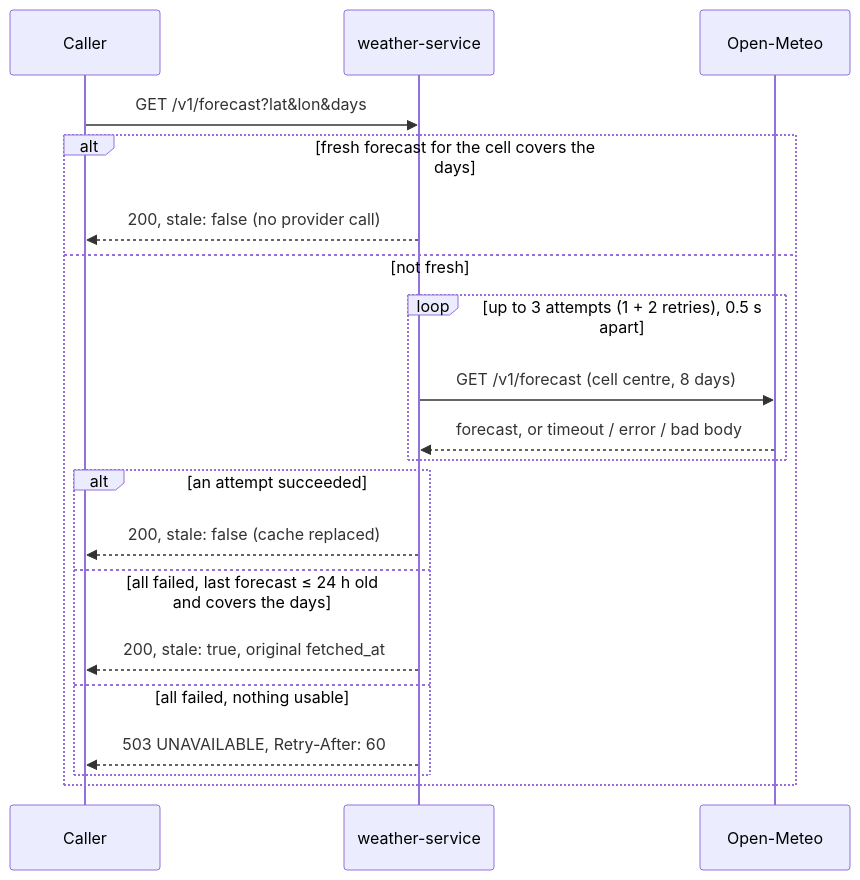
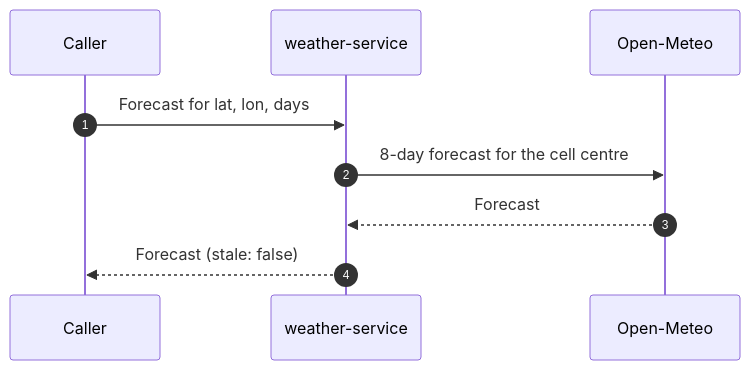
One commit to misterem/ArgoPilot changed the first of 2 diagrams in services/weather-service/README.md. Above: the diagram before and after it, drawn with Mermaid. The commit also changed other lines of this file and 1 other file, not shown here.

Commit message:
docs: simpler flow diagrams (short sequence + decision flowchart) for weather and planner

````diff
--- a/services/weather-service/README.md
+++ b/services/weather-service/README.md
@@ -71,22 +75,11 @@
 ```mermaid
 sequenceDiagram
+    autonumber
     participant C as Caller
     participant W as weather-service
-    participant P as Open-Meteo
-    C->>W: GET /v1/forecast?lat&lon&days
-    alt fresh forecast for the cell covers the days
-        W-->>C: 200, stale: false (no provider call)
-    else not fresh
-        loop up to 3 attempts (1 + 2 retries), 0.5 s apart
-            W->>P: GET /v1/forecast (cell centre, 8 days)
-            P-->>W: forecast, or timeout / error / bad body
-        end
-        alt an attempt succeeded
-            W-->>C: 200, stale: false (cache replaced)
-        else all failed, last forecast ≤ 24 h old and covers the days
-            W-->>C: 200, stale: true, original fetched_at
-        else all failed, nothing usable
-            W-->>C: 503 UNAVAILABLE, Retry-After: 60
-        end
-    end
+    participant O as Open-Meteo
+    C->>W: Forecast for lat, lon, days
+    W->>O: 8-day forecast for the cell centre
+    O-->>W: Forecast
+    W-->>C: Forecast (stale: false)
 ```
````
